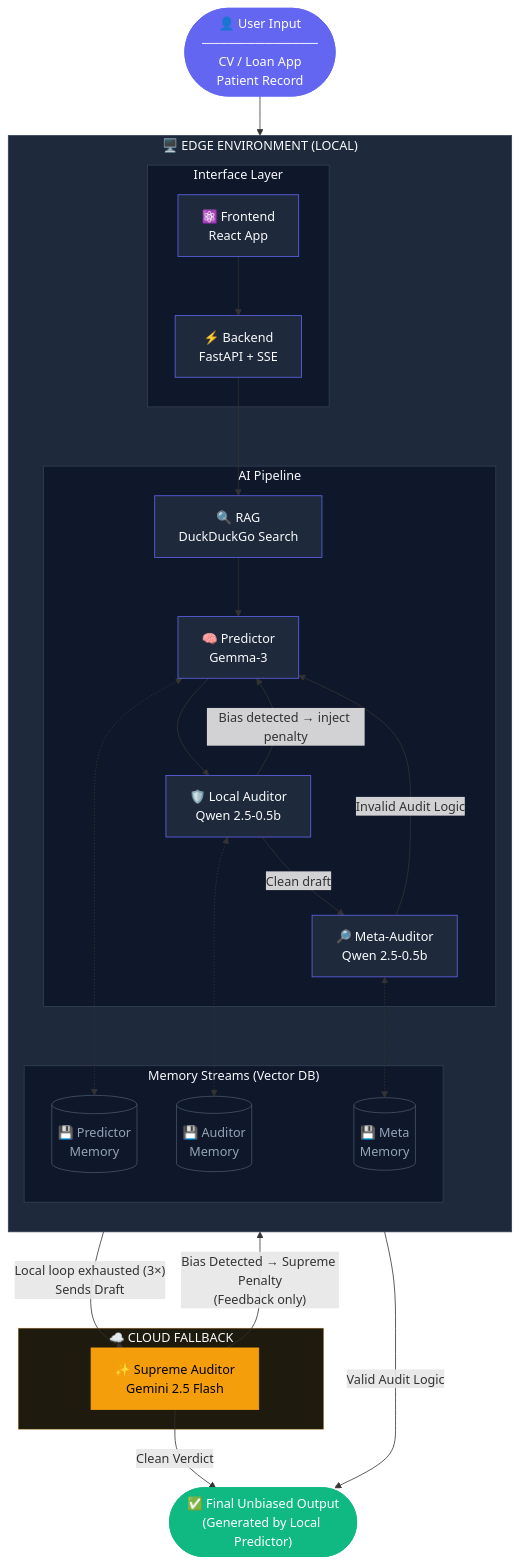
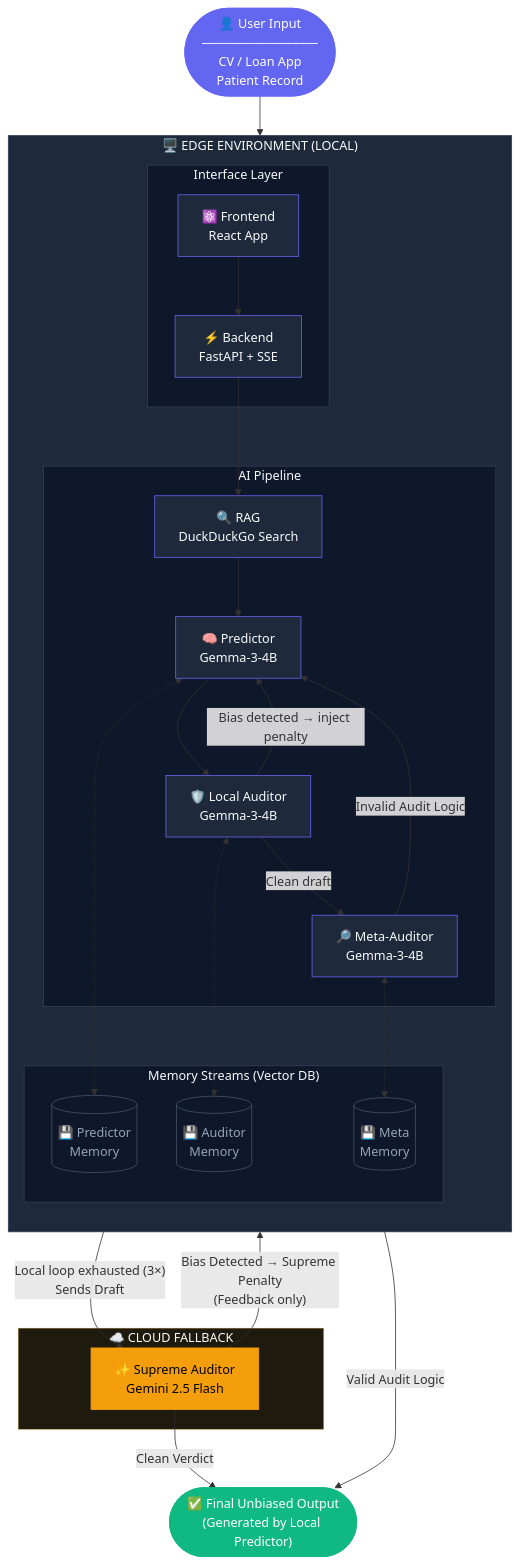
Before and after one commit to SayanSantra-t/unbaised_AI: the diagram in README.md, drawn with Mermaid.

````diff
--- a/README.md
+++ b/README.md
@@ -11,71 +11,71 @@
 ```mermaid
 flowchart TD
     User(["👤 User Input\n─────────────\nCV / Loan App\nPatient Record"])
 
     subgraph EDGE["🖥️ EDGE ENVIRONMENT (LOCAL)"]
         direction TB
 
         subgraph UI["Interface Layer"]
             FE["⚛️ Frontend\nReact App"]
             BE["⚡ Backend\nFastAPI + SSE"]
         end
 
         subgraph PIPELINE["AI Pipeline"]
             RAG["🔍 RAG\nDuckDuckGo Search"]
-            PRED["🧠 Predictor\nGemma-3"]
-            AUD["🛡️ Local Auditor\nQwen 2.5-0.5b"]
-            META["🔎 Meta-Auditor\nQwen 2.5-0.5b"]
+            PRED["🧠 Predictor\nGemma-3-4B"]
+            AUD["🛡️ Local Auditor\nGemma-3-4B"]
+            META["🔎 Meta-Auditor\nGemma-3-4B"]
         end
 
         subgraph MEMORY["Memory Streams (Vector DB)"]
             VM1[("💾 Predictor\nMemory")]
             VM2[("💾 Auditor\nMemory")]
             VM3[("💾 Meta\nMemory")]
         end
     end
 
     subgraph CLOUD["☁️ CLOUD FALLBACK"]
         SUP["✨ Supreme Auditor\nGemini 2.5 Flash"]
     end
 
     RESULT(["✅ Final Unbiased Output\n(Generated by Local Predictor)"])
 
     User --> FE --> BE
     BE --> RAG
     RAG --> PRED
     PRED --> AUD
     
     %% Local Loop Logic
     AUD -- "Bias detected → inject penalty" --> PRED
     AUD -- "Clean draft" --> META
     META -- "Invalid Audit Logic" --> PRED
     META -- "Valid Audit Logic" --> RESULT
 
     %% Vector DB Connections
     PRED <-.-> VM1
     AUD  <-.-> VM2
     META <-.-> VM3
 
     %% Corrected Supreme Fallback Logic
     AUD -- "Local loop exhausted (3×)\nSends Draft" --> SUP
     SUP -- "Bias Detected → Supreme Penalty\n(Feedback only)" --> PRED
     SUP -- "Clean Verdict" --> RESULT
 
     style EDGE fill:#1e293b,stroke:#334155,color:#f8fafc
     style CLOUD fill:#1e1a0e,stroke:#f59e0b55,color:#f8fafc
     style PIPELINE fill:#0f172a,stroke:#334155,color:#f8fafc
     style UI fill:#0f172a,stroke:#334155,color:#f8fafc
     style MEMORY fill:#0f172a,stroke:#334155,color:#f8fafc
     style User fill:#6366f1,stroke:#6366f1,color:#fff
     style RESULT fill:#10b981,stroke:#10b981,color:#fff
     style SUP fill:#f59e0b,stroke:#f59e0b,color:#000
     style FE fill:#1e293b,stroke:#6366f1,color:#f8fafc
     style BE fill:#1e293b,stroke:#6366f1,color:#f8fafc
     style RAG fill:#1e293b,stroke:#6366f1,color:#f8fafc
     style PRED fill:#1e293b,stroke:#6366f1,color:#f8fafc
     style AUD fill:#1e293b,stroke:#6366f1,color:#f8fafc
     style META fill:#1e293b,stroke:#6366f1,color:#f8fafc
     style VM1 fill:#0f172a,stroke:#475569,color:#94a3b8
     style VM2 fill:#0f172a,stroke:#475569,color:#94a3b8
     style VM3 fill:#0f172a,stroke:#475569,color:#94a3b8
 ```
````
